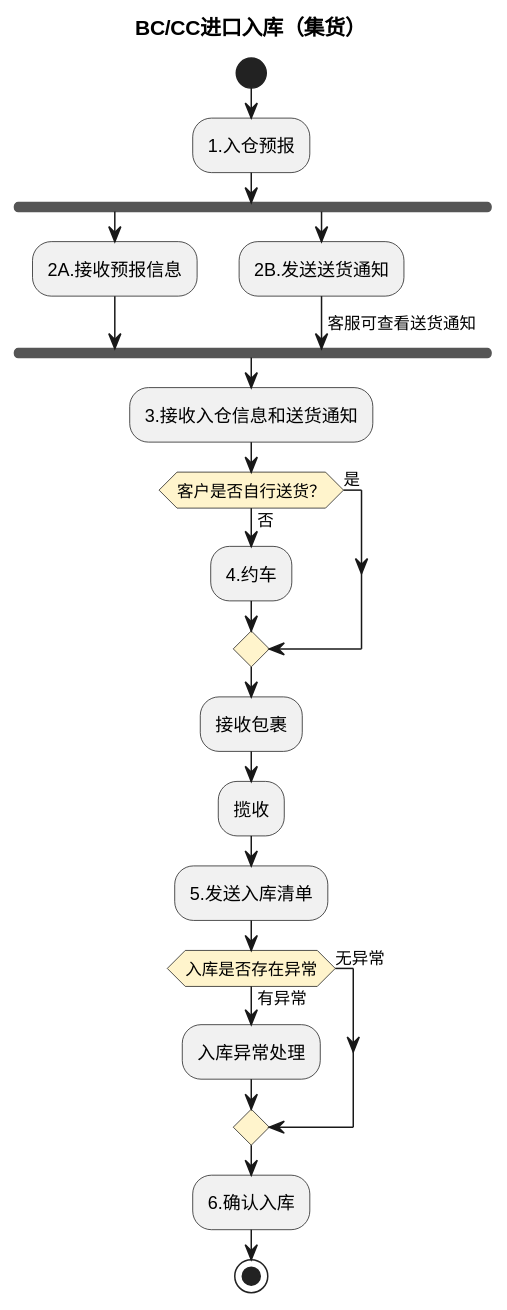
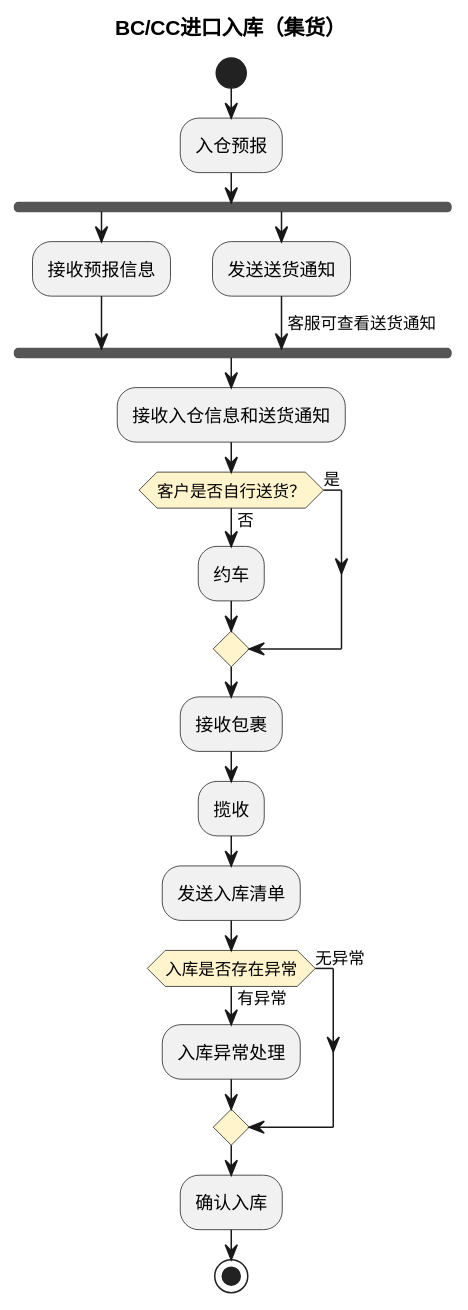
One commit to jack888332/projects-doc changed the second of 6 diagrams in product-caliber/goldjet/segmented-prd/mainflow/PRD.高捷物流系统一期.主流程.05.跨境电商BC、个人物品CC进口详细流程.md. Above: the diagram before and after it, drawn with PlantUML. The commit also changed other lines of this file and 24 other files, not shown here.

````diff
--- a/product-caliber/goldjet/segmented-prd/mainflow/PRD.高捷物流系统一期.主流程.05.跨境电商BC、个人物品CC进口详细流程.md
+++ b/product-caliber/goldjet/segmented-prd/mainflow/PRD.高捷物流系统一期.主流程.05.跨境电商BC、个人物品CC进口详细流程.md
@@ -44,28 +44,28 @@
 ```plantuml
 @startuml
 skinparam activityDiamondBackgroundColor #FFF4CC
 title BC/CC进口入库（集货）
 start
-:1.入仓预报;
+:入仓预报;
 fork
-  :2A.接收预报信息;
+  :接收预报信息;
 fork again
-  :2B.发送送货通知;
+  :发送送货通知;
   -> 客服可查看送货通知;
 end fork
-:3.接收入仓信息和送货通知;
+:接收入仓信息和送货通知;
 if (客户是否自行送货？) then (是)
 else (否)
-  :4.约车;
+  :约车;
 endif
 :接收包裹;
 :揽收;
-:5.发送入库清单;
+:发送入库清单;
 if (入库是否存在异常) then (有异常)
   :入库异常处理;
 else (无异常)
 endif
-:6.确认入库;
+:确认入库;
 stop
 @enduml
 ```
````
